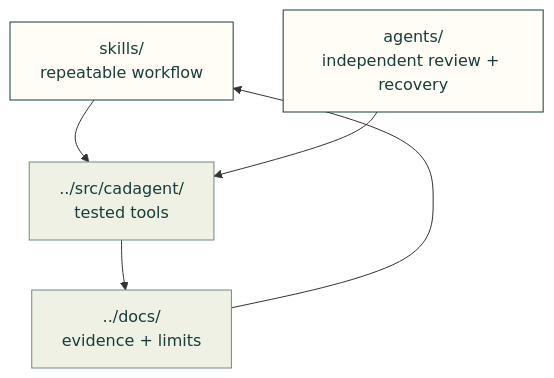
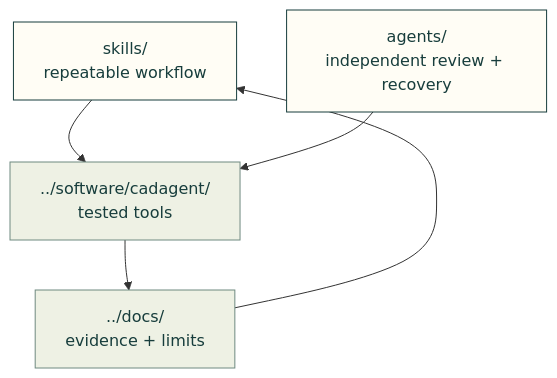
The diagram in .agents/README.md (Valpatel/cad-agent), drawn with Mermaid before and after one commit. The commit also changed 5109 other files, not shown here.

````diff
--- a/.agents/README.md
+++ b/.agents/README.md
@@ -5,11 +5,11 @@
 ```mermaid
 flowchart TD
-    S["skills/<br/>repeatable workflow"] --> C["../src/cadagent/<br/>tested tools"]
+    S["skills/<br/>repeatable workflow"] --> C["../software/cadagent/<br/>tested tools"]
     A["agents/<br/>independent review + recovery"] --> C
     C --> E["../docs/<br/>evidence + limits"]
     E --> S
     classDef here fill:#fffdf5,stroke:#173d3c,color:#173d3c
     classDef near fill:#eef1e4,stroke:#6f8a80,color:#173d3c
     class S,A here
     class C,E near
 ```
````
